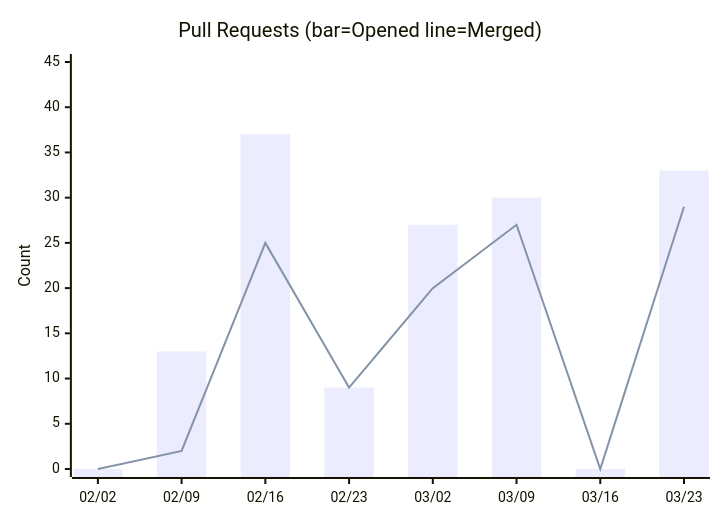
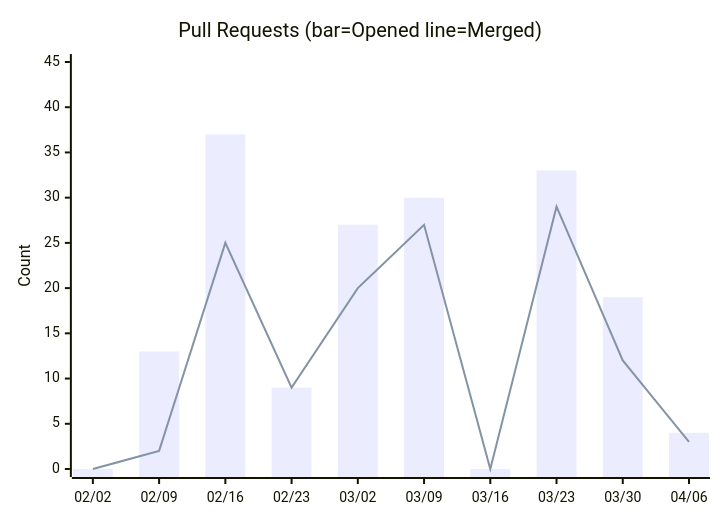
Before and after one commit to nablarch/nabledge-dev: the sixth of 14 diagrams in docs/metrics.md, drawn with Mermaid. The commit also changed other lines of this file and 2 other files, not shown here.

````diff
--- a/docs/metrics.md
+++ b/docs/metrics.md
@@ -100,8 +100,8 @@
 ```mermaid
 xychart-beta
   title "Pull Requests (bar=Opened  line=Merged)"
-  x-axis ["02/02", "02/09", "02/16", "02/23", "03/02", "03/09", "03/16", "03/23"]
+  x-axis ["02/02", "02/09", "02/16", "02/23", "03/02", "03/09", "03/16", "03/23", "03/30", "04/06"]
   y-axis "Count" 0 --> 45
-  bar [0, 13, 37, 9, 27, 30, 0, 33]
-  line [0, 2, 25, 9, 20, 27, 0, 29]
+  bar [0, 13, 37, 9, 27, 30, 0, 33, 19, 4]
+  line [0, 2, 25, 9, 20, 27, 0, 29, 12, 3]
 ```
````
